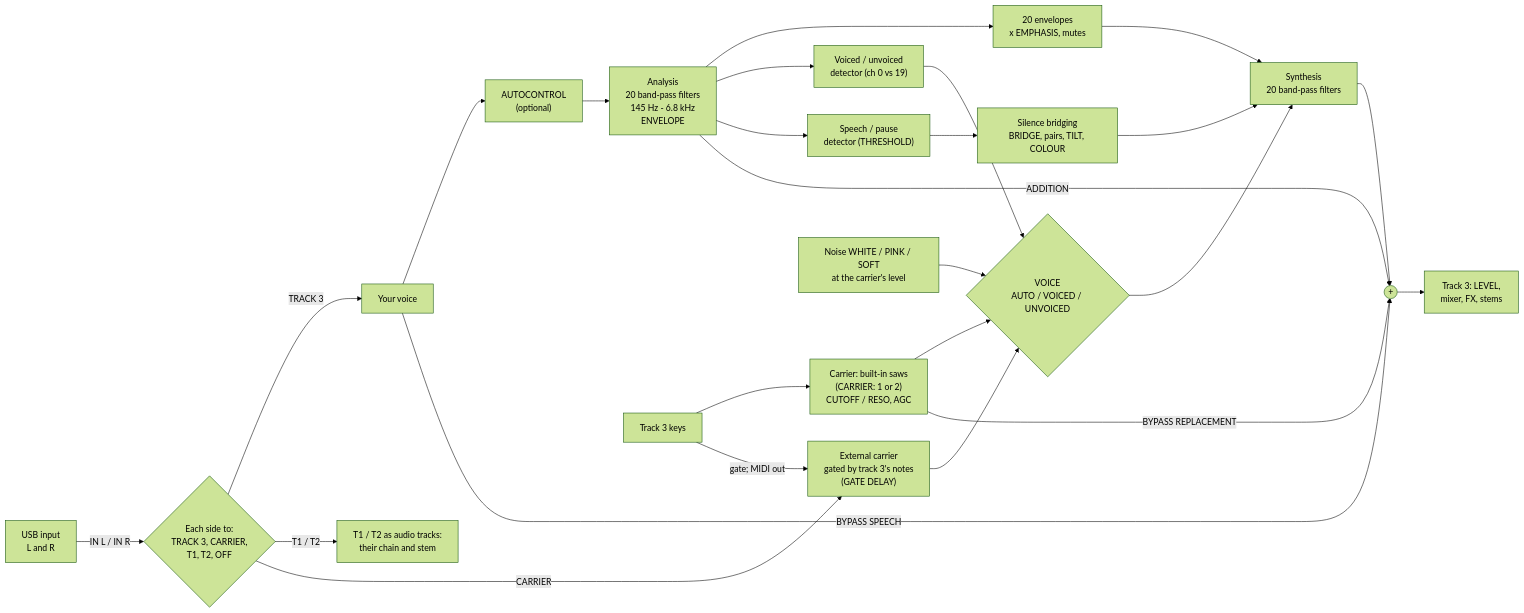
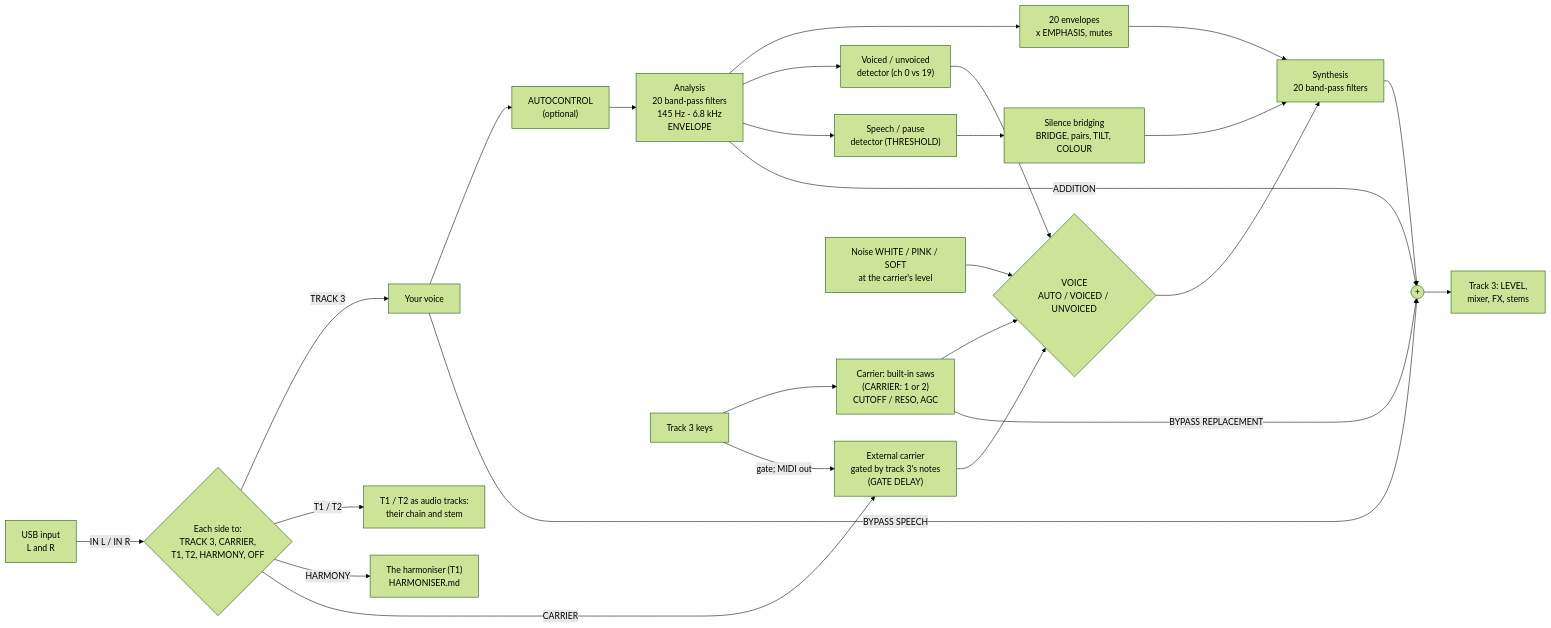
One commit to MiloMeowzers/sloop-smk37 changed the third of 4 diagrams in VOCODER.md. Above: the diagram before and after it, drawn with Mermaid (forest theme). The commit also changed other lines of this file and 2 other files, not shown here.

````diff
--- a/VOCODER.md
+++ b/VOCODER.md
@@ -211,24 +216,25 @@
 ```mermaid
 flowchart LR
-  IN["USB input<br/>L and R"] -->|"IN L / IN R"| RT{"Each side to:<br/>TRACK 3, CARRIER,<br/>T1, T2, OFF"}
+  IN["USB input<br/>L and R"] -->|"IN L / IN R"| RT{"Each side to:<br/>TRACK 3, CARRIER,<br/>T1, T2, HARMONY, OFF"}
   RT -->|TRACK 3| MIC["Your voice"]
   RT -->|"T1 / T2"| TA["T1 / T2 as audio tracks:<br/>their chain and stem"]
+  RT -->|HARMONY| HM["The harmoniser (T1)<br/>HARMONISER.md"]
   MIC --> AC["AUTOCONTROL<br/>(optional)"] --> AN["Analysis<br/>20 band-pass filters<br/>145 Hz - 6.8 kHz<br/>ENVELOPE"]
   AN --> ENV["20 envelopes<br/>x EMPHASIS, mutes"]
   AN --> VD["Voiced / unvoiced<br/>detector (ch 0 vs 19)"]
   AN --> PD["Speech / pause<br/>detector (THRESHOLD)"]
   KEYS["Track 3 keys"] --> SAW["Carrier: built-in saws<br/>(CARRIER: 1 or 2)<br/>CUTOFF / RESO, AGC"]
   RT -->|CARRIER| EXT["External carrier<br/>gated by track 3's notes<br/>(GATE DELAY)"]
   KEYS -->|"gate; MIDI out"| EXT
   SAW --> SW{"VOICE<br/>AUTO / VOICED / UNVOICED"}
   EXT --> SW
   NZ["Noise WHITE / PINK / SOFT<br/>at the carrier's level"] --> SW
   VD --> SW
   SW --> SY["Synthesis<br/>20 band-pass filters"]
   ENV --> SY
   PD --> BR["Silence bridging<br/>BRIDGE, pairs, TILT, COLOUR"] --> SY
   SY --> SUM(("+")) --> OUT["Track 3: LEVEL,<br/>mixer, FX, stems"]
   AN -->|"ADDITION"| SUM
   MIC -->|"BYPASS SPEECH"| SUM
   SAW -->|"BYPASS REPLACEMENT"| SUM
 ```
````
